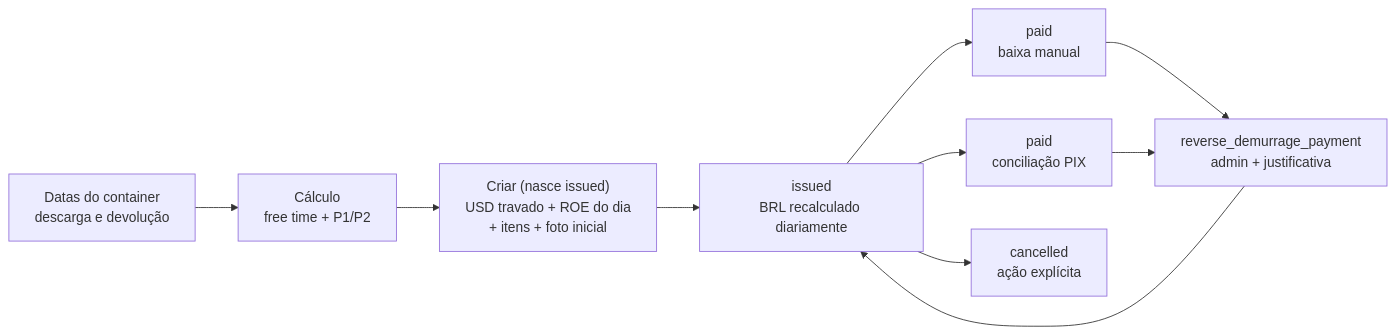
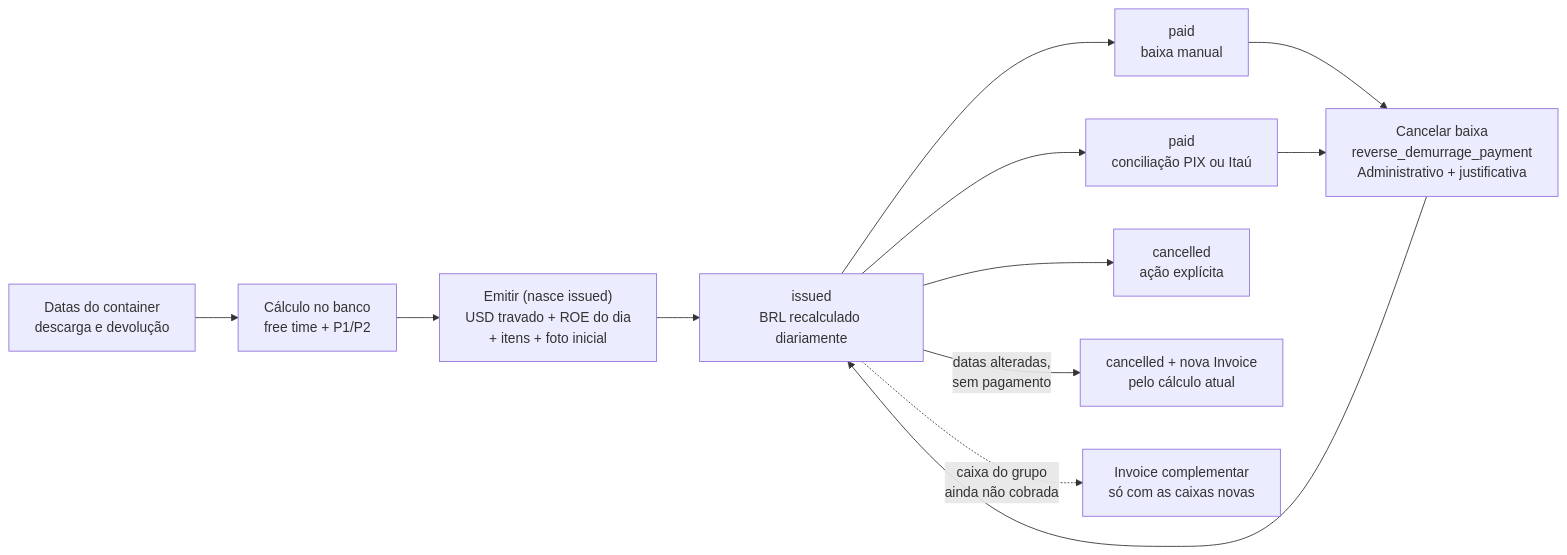
One commit to luccafwlog/vela changed the diagram in docs/modules/demurrage.md. Above: the diagram before and after it, drawn with Mermaid. The commit also changed other lines of this file and 2 other files, not shown here.

First line of the commit message:
docs(demurrage): aplicar a revisão geral e receber as regras do glossário

````diff
--- a/docs/modules/demurrage.md
+++ b/docs/modules/demurrage.md
@@ -493,12 +357,14 @@
 ```mermaid
 flowchart LR
-    Dates["Datas do container<br/>descarga e devolução"] --> Calc["Cálculo<br/>free time + P1/P2"]
-    Calc --> Create["Criar (nasce issued)<br/>USD travado + ROE do dia<br/>+ itens + foto inicial"]
+    Dates["Datas do container<br/>descarga e devolução"] --> Calc["Cálculo no banco<br/>free time + P1/P2"]
+    Calc --> Create["Emitir (nasce issued)<br/>USD travado + ROE do dia<br/>+ itens + foto inicial"]
     Create --> Issued["issued<br/>BRL recalculado diariamente"]
     Issued --> Manual["paid<br/>baixa manual"]
-    Issued --> Pix["paid<br/>conciliação PIX"]
+    Issued --> Pix["paid<br/>conciliação PIX ou Itaú"]
     Issued --> Cancelled["cancelled<br/>ação explícita"]
-    Manual --> Reverse["reverse_demurrage_payment<br/>admin + justificativa"]
+    Issued -->|"datas alteradas,<br/>sem pagamento"| Reissue["cancelled + nova Invoice<br/>pelo cálculo atual"]
+    Issued -.->|"caixa do grupo<br/>ainda não cobrada"| Complement["Invoice complementar<br/>só com as caixas novas"]
+    Manual --> Reverse["Cancelar baixa<br/>reverse_demurrage_payment<br/>Administrativo + justificativa"]
     Pix --> Reverse
     Reverse --> Issued
 ```
````
